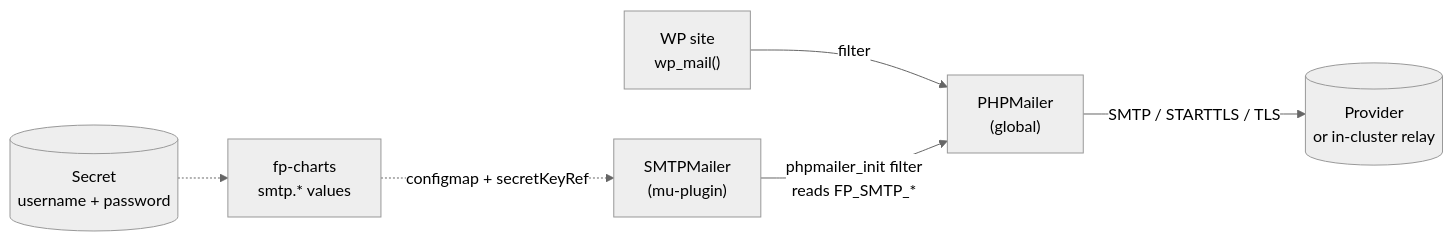
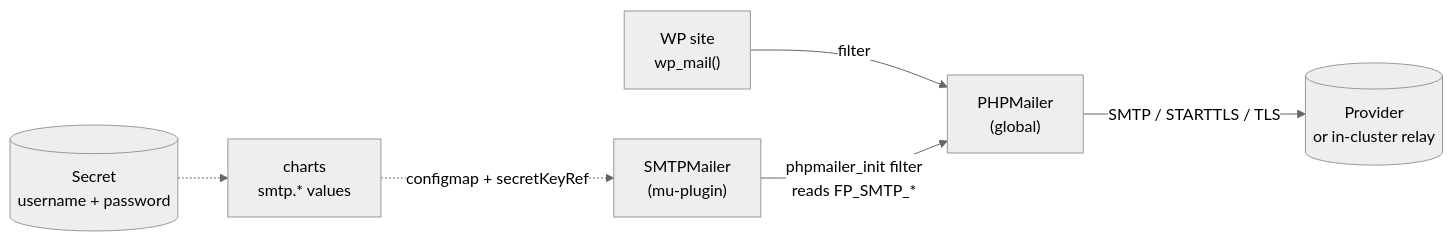
The diagram in operations/email.mdx (EightOEight/docs), drawn with Mermaid (neutral theme) before and after one commit. The commit also changed other lines of this file and 19 other files, not shown here.

````diff
--- a/operations/email.mdx
+++ b/operations/email.mdx
@@ -19,9 +19,9 @@
 ```mermaid
 flowchart LR
     site["WP site<br/>wp_mail()"] -->|filter| pm["PHPMailer<br/>(global)"]
     smtpmailer["SMTPMailer<br/>(mu-plugin)"] -->|phpmailer_init filter<br/>reads FP_SMTP_*| pm
     pm -->|SMTP / STARTTLS / TLS| provider[("Provider<br/>or in-cluster relay")]
 
-    chart["fp-charts<br/>smtp.* values"] -.->|configmap + secretKeyRef| smtpmailer
+    chart["charts<br/>smtp.* values"] -.->|configmap + secretKeyRef| smtpmailer
     secret[("Secret<br/>username + password")] -.-> chart
 ```
````
